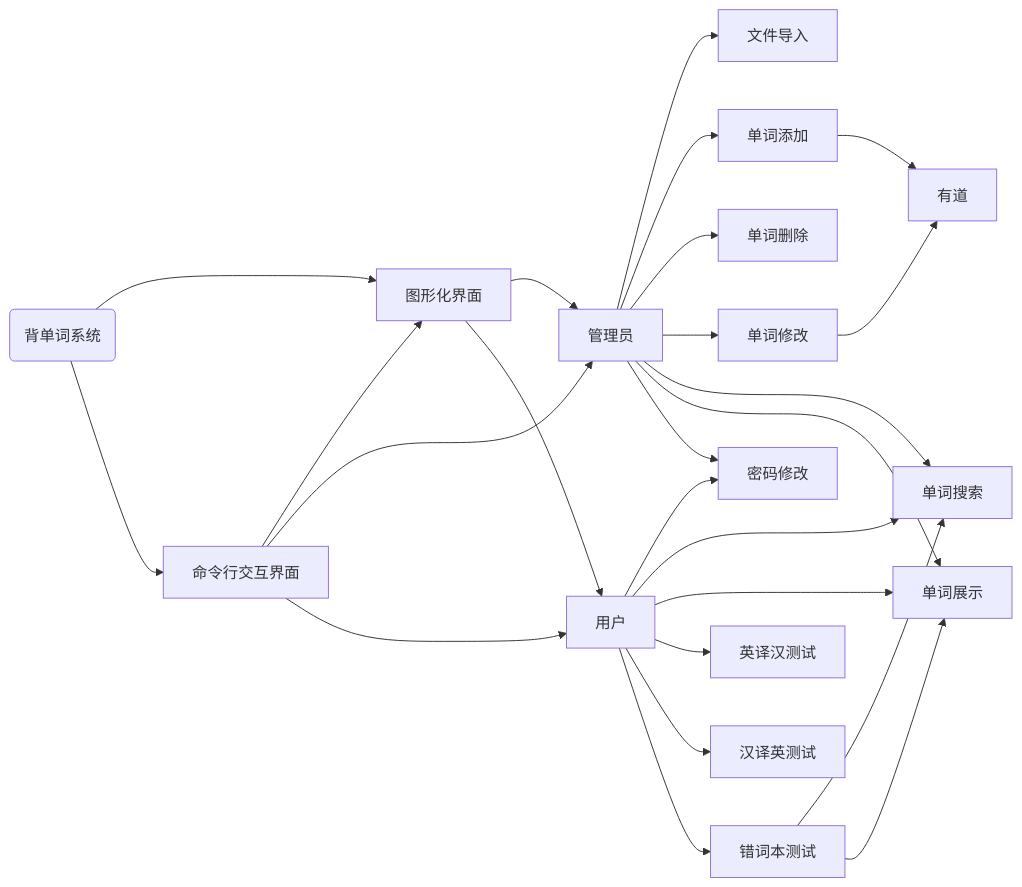
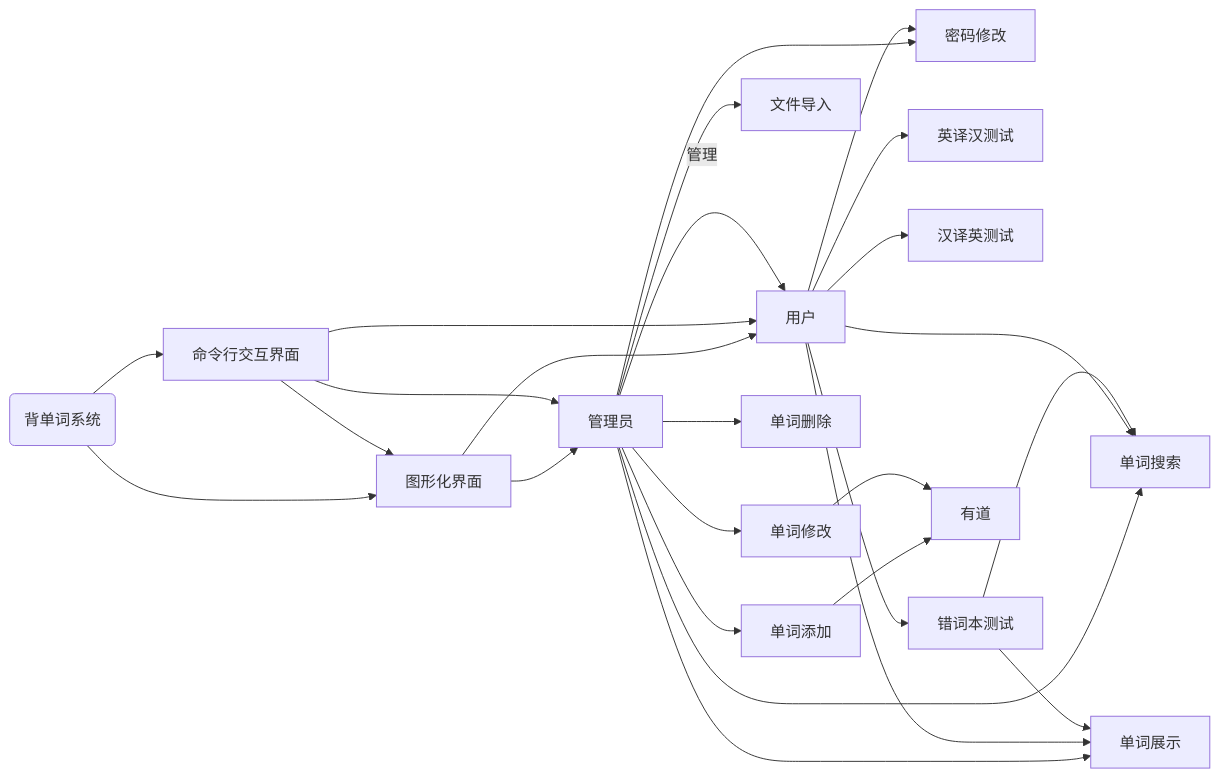
One commit to involution-base-of-njupt/everyday-vocabulary changed the diagram in README.md. Above: the diagram before and after it, drawn with Mermaid. The commit also changed other lines of this file, not shown here.

````diff
--- a/README.md
+++ b/README.md
@@ -5,33 +5,34 @@
 ```mermaid
 graph LR
 
 Sys(背单词系统) --> gui[图形化界面]
 Sys --> cli[命令行交互界面]
 cli --> gui
 gui --> Admin[管理员]
 gui --> User[用户]
 cli --> Admin[管理员]
 cli --> User[用户]
 
+Admin --管理--> User
 Admin --> 文件导入
 Admin --> 单词添加
 Admin --> 单词删除
 Admin --> 单词修改
 Admin --> 单词搜索
 Admin --> 单词展示
 
 Admin --> 密码修改
 User --> 密码修改
 
 User --> 单词搜索
 User --> 单词展示
 User --> 英译汉测试
 User --> 汉译英测试
 User --> 错词本测试
 
 错词本测试 --> 单词搜索
 错词本测试 --> 单词展示
 
 单词添加 --> 有道
 单词修改 --> 有道
 ```
````
